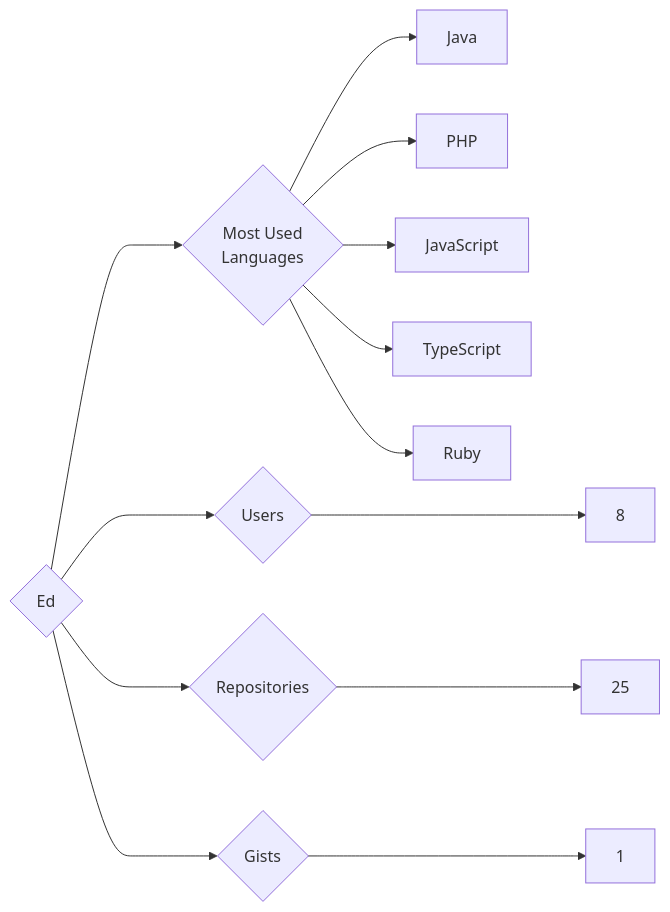
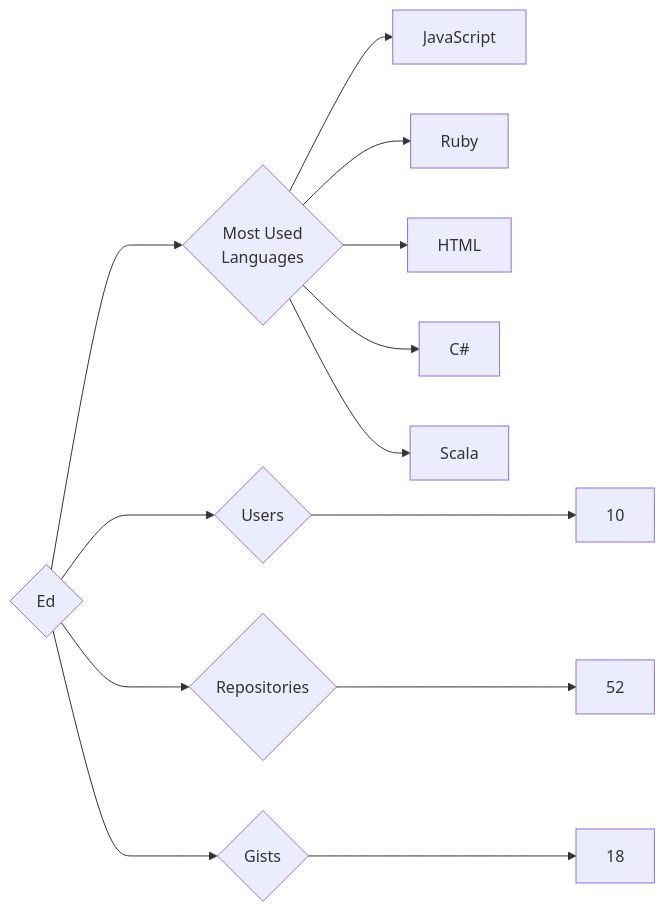
The diagram in targets/Ed/README.md (trickest/insiders), drawn with Mermaid before and after one commit. The commit also changed 1055 other files, not shown here.

````diff
--- a/targets/Ed/README.md
+++ b/targets/Ed/README.md
@@ -3,13 +3,13 @@
 ```mermaid
 graph LR
 COMPANY_NAME{Ed}
-COMPANY_NAME ---> U{Users} ---> UN[8]
-COMPANY_NAME ---> R{Repositories} ---> RN[25]
-COMPANY_NAME ---> G{Gists} ---> GN[1]
+COMPANY_NAME ---> U{Users} ---> UN[10]
+COMPANY_NAME ---> R{Repositories} ---> RN[52]
+COMPANY_NAME ---> G{Gists} ---> GN[18]
 COMPANY_NAME ---> ML{Most Used<br>Languages}
-ML --> Java[Java]
-ML --> PHP[PHP]
 ML --> JavaScript[JavaScript]
-ML --> TypeScript[TypeScript]
 ML --> Ruby[Ruby]
+ML --> HTML[HTML]
+ML --> C#[C#]
+ML --> Scala[Scala]
 ```
````
